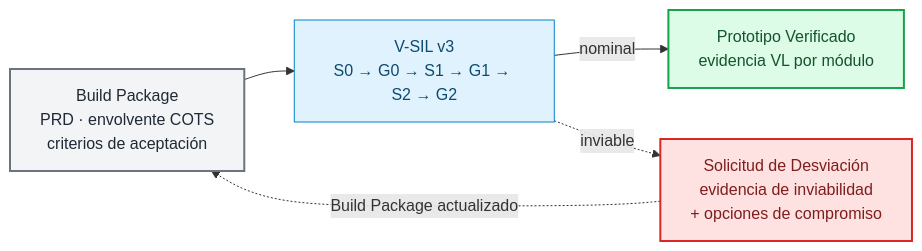
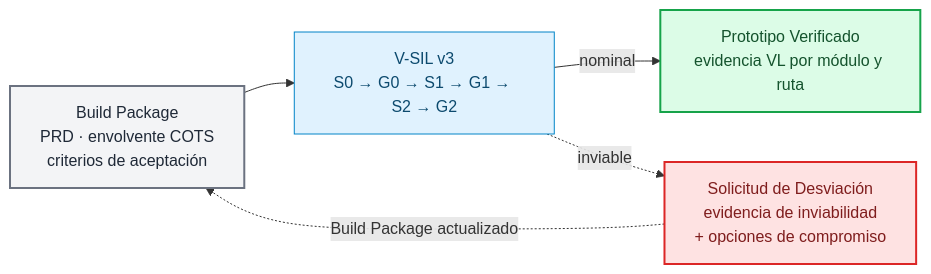
Before and after one commit to dramirezbe/codeanvil-gcpds: the first of 11 diagrams in methodology/V-SIL-v3/V-SIL_v3-spa.md, drawn with Mermaid. The commit also changed other lines of this file and 3 other files, not shown here.

````diff
--- a/methodology/V-SIL-v3/V-SIL_v3-spa.md
+++ b/methodology/V-SIL-v3/V-SIL_v3-spa.md
@@ -13,17 +13,17 @@
 ```mermaid
 flowchart LR
     classDef input fill:#f3f4f6,stroke:#6b7280,color:#1f2937,stroke-width:2px
     classDef vsil fill:#e0f2fe,stroke:#0284c7,color:#0c4a6e
     classDef output fill:#dcfce7,stroke:#16a34a,color:#14532d,stroke-width:2px
     classDef rfd fill:#fee2e2,stroke:#dc2626,color:#7f1d1d,stroke-width:2px
 
     IN["Build Package<br/>PRD · envolvente COTS<br/>criterios de aceptación"]:::input
     VSIL["V-SIL v3<br/>S0 → G0 → S1 → G1 → S2 → G2"]:::vsil
-    OUT["Prototipo Verificado<br/>evidencia VL por módulo"]:::output
+    OUT["Prototipo Verificado<br/>evidencia VL por módulo y ruta"]:::output
     RFD["Solicitud de Desviación<br/>evidencia de inviabilidad<br/>+ opciones de compromiso"]:::rfd
 
     IN --> VSIL
     VSIL -->|nominal| OUT
     VSIL -.->|inviable| RFD
     RFD -.->|Build Package actualizado| IN
 ```
````
